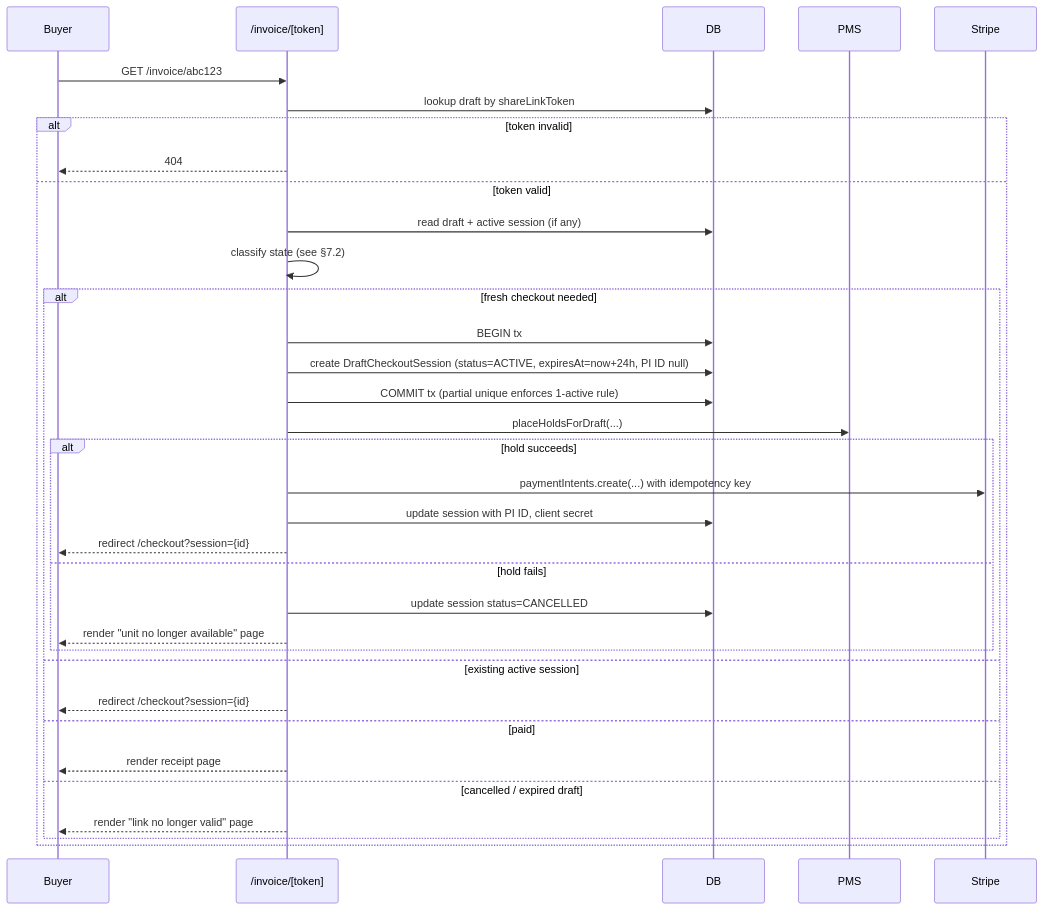
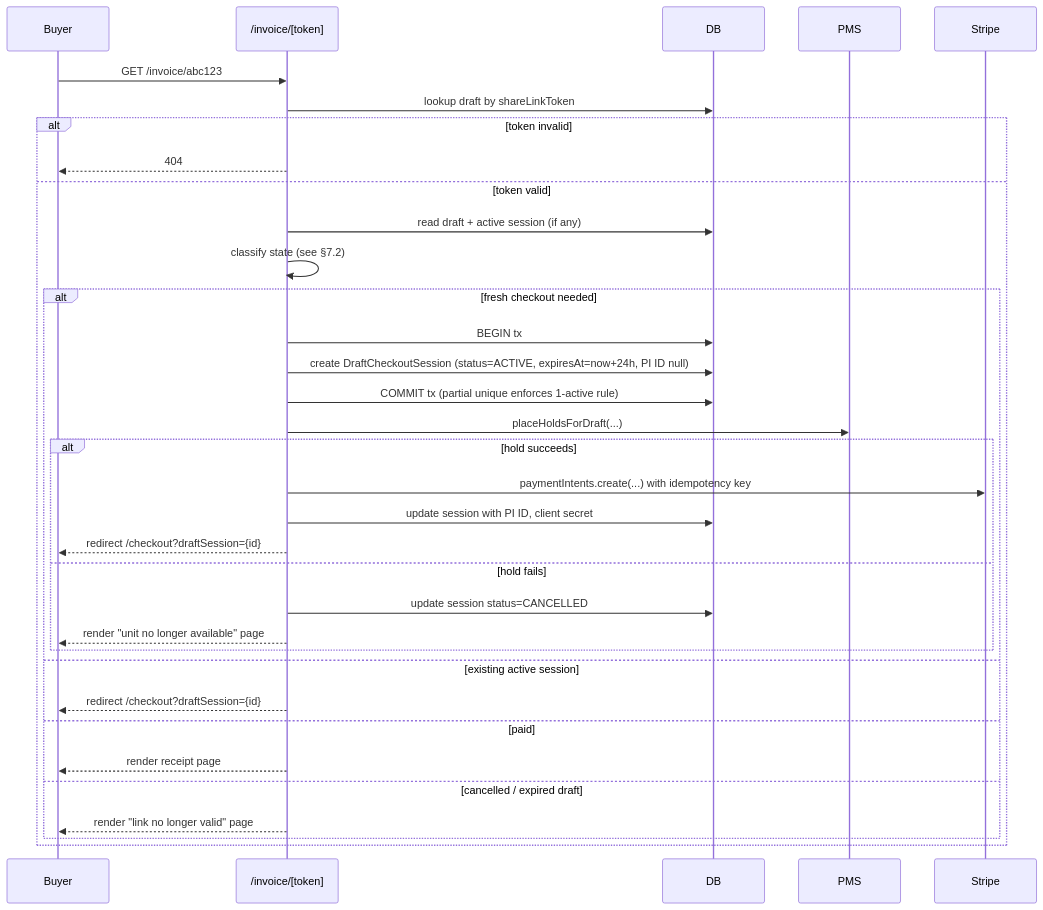
Before and after one commit to leothepro1/book: the second of 2 diagrams in admin/docs/architecture/draft-orders-invoice-flow.md, drawn with Mermaid. The commit also changed other lines of this file, not shown here.

First line of the commit message:
docs(draft-orders): amend v1.2 → v1.3 pre-Phase-E

````diff
--- a/admin/docs/architecture/draft-orders-invoice-flow.md
+++ b/admin/docs/architecture/draft-orders-invoice-flow.md
@@ -851,37 +916,37 @@
 ```mermaid
 sequenceDiagram
   participant Buyer
   participant Route as /invoice/[token]
   participant DB
   participant PMS
   participant Stripe
 
   Buyer->>Route: GET /invoice/abc123
   Route->>DB: lookup draft by shareLinkToken
   alt token invalid
     Route-->>Buyer: 404
   else token valid
     Route->>DB: read draft + active session (if any)
     Route->>Route: classify state (see §7.2)
     alt fresh checkout needed
       Route->>DB: BEGIN tx
       Route->>DB: create DraftCheckoutSession (status=ACTIVE, expiresAt=now+24h, PI ID null)
       Route->>DB: COMMIT tx (partial unique enforces 1-active rule)
       Route->>PMS: placeHoldsForDraft(...)
       alt hold succeeds
         Route->>Stripe: paymentIntents.create(...) with idempotency key
         Route->>DB: update session with PI ID, client secret
-        Route-->>Buyer: redirect /checkout?session={id}
+        Route-->>Buyer: redirect /checkout?draftSession={id}
       else hold fails
         Route->>DB: update session status=CANCELLED
         Route-->>Buyer: render "unit no longer available" page
       end
     else existing active session
-      Route-->>Buyer: redirect /checkout?session={id}
+      Route-->>Buyer: redirect /checkout?draftSession={id}
     else paid
       Route-->>Buyer: render receipt page
     else cancelled / expired draft
       Route-->>Buyer: render "link no longer valid" page
     end
   end
 ```
````
